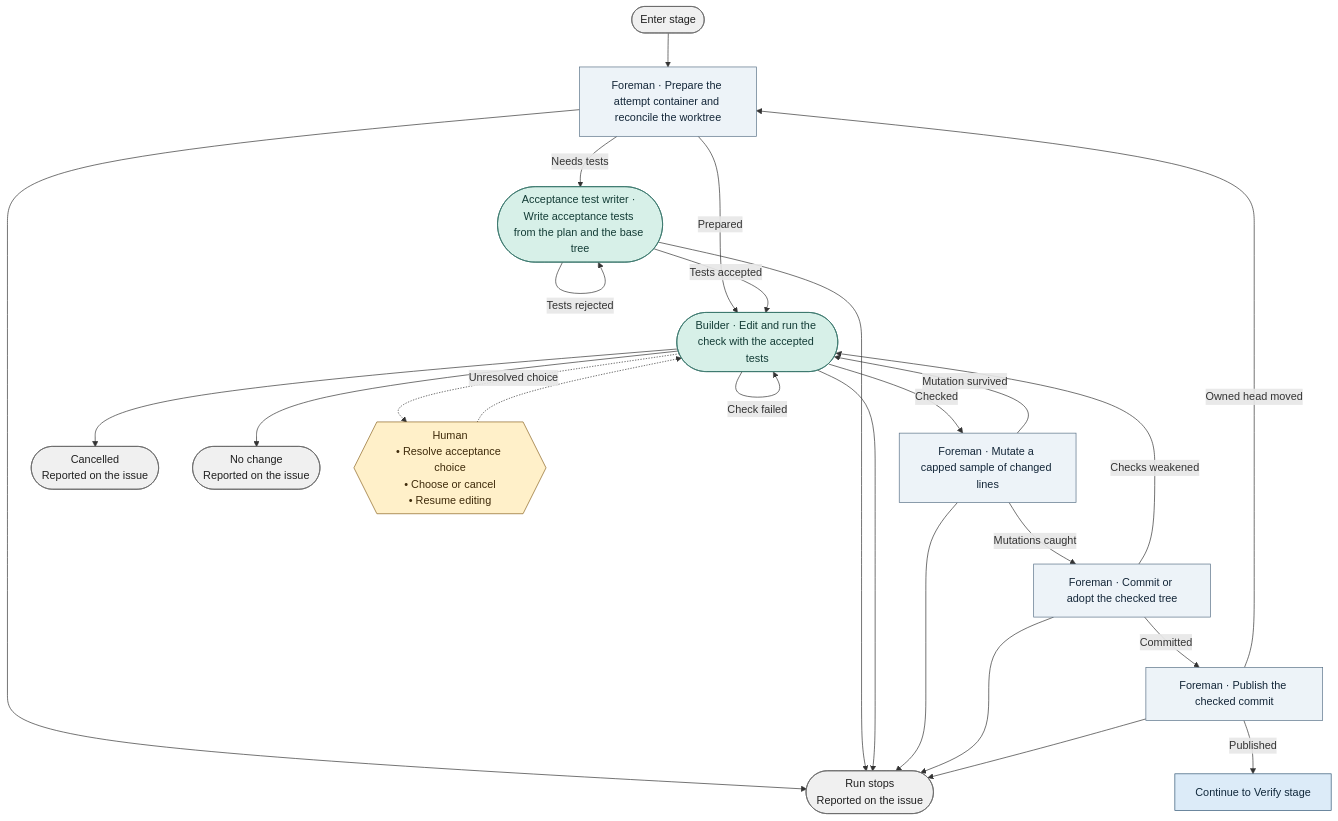
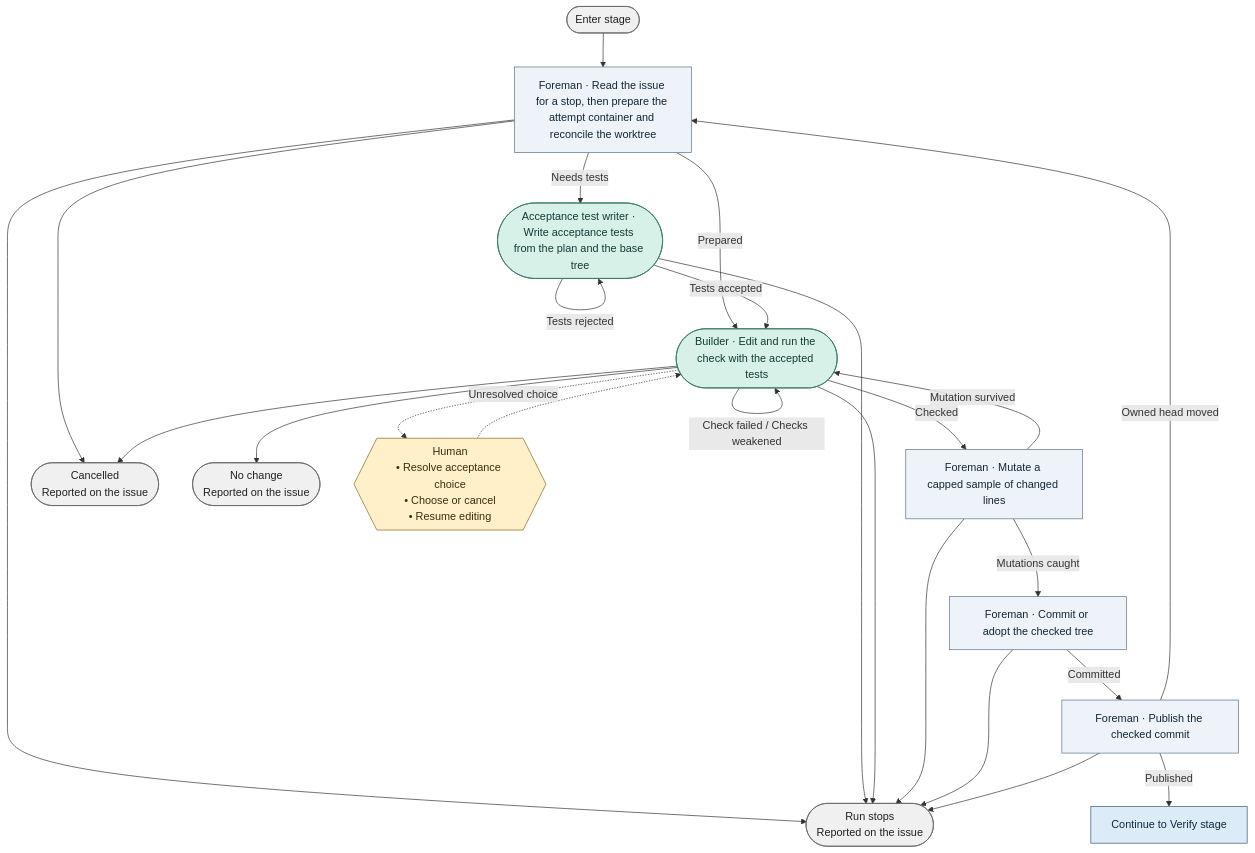
One commit to bookout-labs/tools changed the diagram in docs/graph/blueprint/views/stages/implement.mmd. Above: the diagram before and after it, drawn with Mermaid. The commit also changed 34 other files, not shown here.

```diff
--- a/docs/graph/blueprint/views/stages/implement.mmd
+++ b/docs/graph/blueprint/views/stages/implement.mmd
@@ -1,41 +1,41 @@
 flowchart TD
     n0(["Enter stage"]):::terminal
-    n1["Foreman · Prepare the attempt container and reconcile the worktree"]:::step
+    n1["Foreman · Read the issue for a stop, then prepare the attempt container and reconcile the worktree"]:::step
     n2(["Acceptance test writer · Write acceptance tests from the plan and the base tree"]):::worker
     n3(["Builder · Edit and run the check with the accepted tests"]):::worker
     n4["Foreman · Mutate a capped sample of changed lines"]:::step
     n5["Foreman · Commit or adopt the checked tree"]:::step
     n6["Foreman · Publish the checked commit"]:::step
-    n7(["Run stops<br/>Reported on the issue"]):::terminal
-    n8(["Cancelled<br/>Reported on the issue"]):::terminal
+    n7(["Cancelled<br/>Reported on the issue"]):::terminal
+    n8(["Run stops<br/>Reported on the issue"]):::terminal
     n9(["No change<br/>Reported on the issue"]):::terminal
     n10["Continue to Verify stage"]:::stage
     n11{{"Human<br/>• Resolve acceptance choice<br/>• Choose or cancel<br/>• Resume editing"}}:::gate
     n0 --> n1
     n1 --> n7
+    n1 --> n8
     n1 -->|"Needs tests"| n2
     n1 -->|"Prepared"| n3
-    n2 --> n7
+    n2 --> n8
     n2 -->|"Tests rejected"| n2
     n2 -->|"Tests accepted"| n3
+    n3 --> n7
+    n3 --> n9
     n3 --> n8
-    n3 --> n9
-    n3 --> n7
-    n3 -->|"Check failed"| n3
+    n3 -->|"Check failed / Checks weakened"| n3
     n3 -->|"Checked"| n4
-    n4 --> n7
+    n4 --> n8
     n4 -->|"Mutation survived"| n3
     n4 -->|"Mutations caught"| n5
-    n5 --> n7
-    n5 -->|"Checks weakened"| n3
+    n5 --> n8
     n5 -->|"Committed"| n6
-    n6 --> n7
+    n6 --> n8
     n6 -->|"Owned head moved"| n1
     n6 -->|"Published"| n10
     n3 -.->|"Unresolved choice"| n11
     n11 -.-> n3
     classDef stage fill:#dcebf8,stroke:#315675,color:#10283b
     classDef step fill:#edf3f8,stroke:#597187,color:#132638
     classDef worker fill:#d7f0e8,stroke:#357369,color:#133c36
     classDef gate fill:#fff0c9,stroke:#89641f,color:#3f2b0b
     classDef terminal fill:#f0f0f0,stroke:#666666,color:#202020
```
